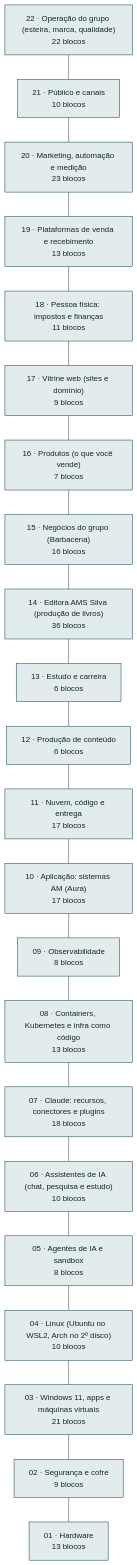
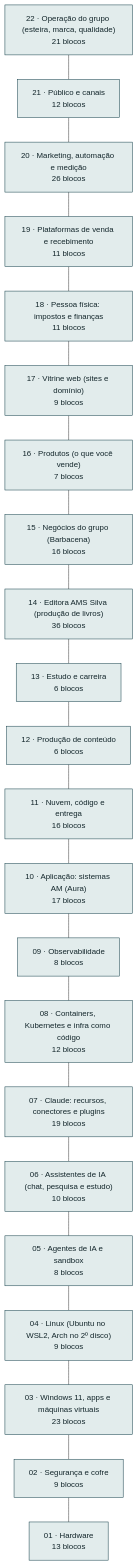
Before and after one commit to AlanMateus17/dev-setup: the diagram in docs/arquitetura.md, drawn with Mermaid. The commit also changed other lines of this file and 38 other files, not shown here.

````diff
--- a/docs/arquitetura.md
+++ b/docs/arquitetura.md
@@ -10,48 +10,48 @@
 ```mermaid
 flowchart TB
-  L_oper["22 · Operação do grupo (esteira, marca, qualidade)<br/>22 blocos"]
-  L_pub["21 · Público e canais<br/>10 blocos"]
-  L_mkt["20 · Marketing, automação e medição<br/>23 blocos"]
-  L_venda["19 · Plataformas de venda e recebimento<br/>13 blocos"]
+  L_oper["22 · Operação do grupo (esteira, marca, qualidade)<br/>21 blocos"]
+  L_pub["21 · Público e canais<br/>12 blocos"]
+  L_mkt["20 · Marketing, automação e medição<br/>26 blocos"]
+  L_venda["19 · Plataformas de venda e recebimento<br/>11 blocos"]
   L_emp["18 · Pessoa física: impostos e finanças<br/>11 blocos"]
   L_web["17 · Vitrine web (sites e domínio)<br/>9 blocos"]
   L_prod["16 · Produtos (o que você vende)<br/>7 blocos"]
   L_neg["15 · Negócios do grupo (Barbacena)<br/>16 blocos"]
   L_editora["14 · Editora AMS Silva (produção de livros)<br/>36 blocos"]
   L_est["13 · Estudo e carreira<br/>6 blocos"]
   L_cont["12 · Produção de conteúdo<br/>6 blocos"]
-  L_nuvem["11 · Nuvem, código e entrega<br/>17 blocos"]
+  L_nuvem["11 · Nuvem, código e entrega<br/>16 blocos"]
   L_app["10 · Aplicação: sistemas AM (Aura)<br/>17 blocos"]
   L_obs["09 · Observabilidade<br/>8 blocos"]
-  L_cnt["08 · Containers, Kubernetes e infra como código<br/>13 blocos"]
-  L_clc["07 · Claude: recursos, conectores e plugins<br/>18 blocos"]
+  L_cnt["08 · Containers, Kubernetes e infra como código<br/>12 blocos"]
+  L_clc["07 · Claude: recursos, conectores e plugins<br/>19 blocos"]
   L_chat["06 · Assistentes de IA (chat, pesquisa e estudo)<br/>10 blocos"]
   L_ia["05 · Agentes de IA e sandbox<br/>8 blocos"]
-  L_lin["04 · Linux (Ubuntu no WSL2, Arch no 2º disco)<br/>10 blocos"]
-  L_win["03 · Windows 11, apps e máquinas virtuais<br/>21 blocos"]
+  L_lin["04 · Linux (Ubuntu no WSL2, Arch no 2º disco)<br/>9 blocos"]
+  L_win["03 · Windows 11, apps e máquinas virtuais<br/>23 blocos"]
   L_seg["02 · Segurança e cofre<br/>9 blocos"]
   L_hw["01 · Hardware<br/>13 blocos"]
   L_oper --- L_pub
   L_pub --- L_mkt
   L_mkt --- L_venda
   L_venda --- L_emp
   L_emp --- L_web
   L_web --- L_prod
   L_prod --- L_neg
   L_neg --- L_editora
   L_editora --- L_est
   L_est --- L_cont
   L_cont --- L_nuvem
   L_nuvem --- L_app
   L_app --- L_obs
   L_obs --- L_cnt
   L_cnt --- L_clc
   L_clc --- L_chat
   L_chat --- L_ia
   L_ia --- L_lin
   L_lin --- L_win
   L_win --- L_seg
   L_seg --- L_hw
   classDef cam fill:#e2ecec,stroke:#0e3a45,color:#13262b
   class L_oper,L_pub,L_mkt,L_venda,L_emp,L_web,L_prod,L_neg,L_editora,L_est,L_cont,L_nuvem,L_app,L_obs,L_cnt,L_clc,L_chat,L_ia,L_lin,L_win,L_seg,L_hw cam
 ```
````
